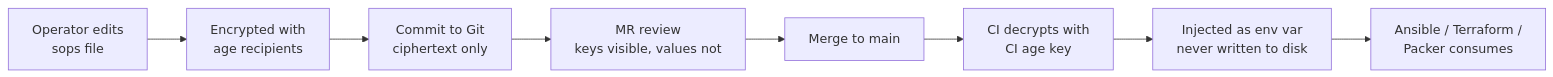
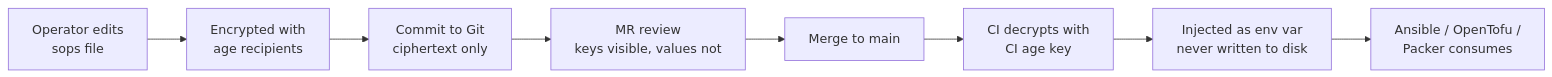
One commit to sroktech/proxmox-ceph-vps-blueprint changed the first of 2 diagrams in docs/09-phase4-images-and-iac.md. Above: the diagram before and after it, drawn with Mermaid. The commit also changed other lines of this file and 37 other files, not shown here.

Commit message:
using OpenTofu

````diff
--- a/docs/09-phase4-images-and-iac.md
+++ b/docs/09-phase4-images-and-iac.md
@@ -488,11 +488,11 @@
 ```mermaid
 %%{init: {"flowchart": {"htmlLabels": true, "wrappingWidth": 400, "subGraphTitleMargin": {"top": 6, "bottom": 14}}}}%%
 flowchart LR
     A["Operator edits<br/>sops file"] --> B["Encrypted with<br/>age recipients"]
     B --> C["Commit to Git<br/>ciphertext only"]
     C --> D["MR review<br/>keys visible, values not"]
     D --> E["Merge to main"]
     E --> F["CI decrypts with<br/>CI age key"]
     F --> G["Injected as env var<br/>never written to disk"]
-    G --> H["Ansible / Terraform /<br/>Packer consumes"]
+    G --> H["Ansible / OpenTofu /<br/>Packer consumes"]
 ```
````
